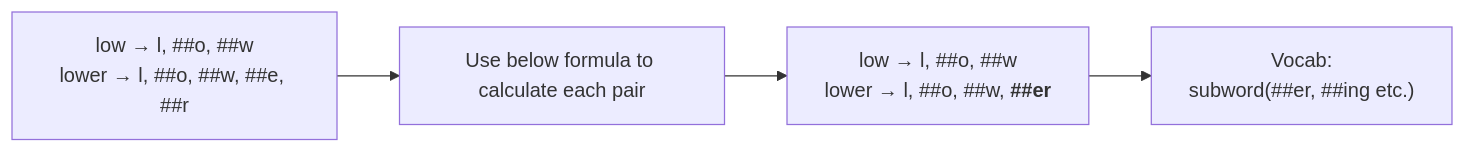
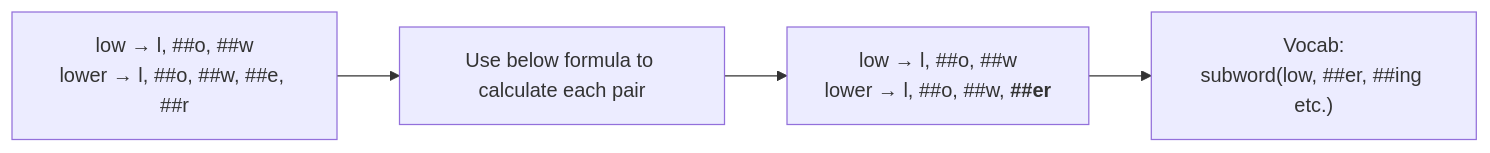
The fourth of 5 diagrams in README.md (ChrisZhu2050/chriszhu2050.github.io), drawn with Mermaid before and after one commit. The commit also changed other lines of this file, not shown here.

````diff
--- a/README.md
+++ b/README.md
@@ -72,8 +72,8 @@
         ```mermaid
             graph LR
                 A["`low → l, ##o, ##w
                 lower → l, ##o, ##w, ##e, ##r`"] --> B["Use below formula to calculate each pair"] --> C["`low → l, ##o, ##w
                 lower → l, ##o, ##w, **##er**`"] --> D["`Vocab:
-                subword(##er, ##ing etc.)
+                subword(low, ##er, ##ing etc.)
                 `"]
           ```
````
